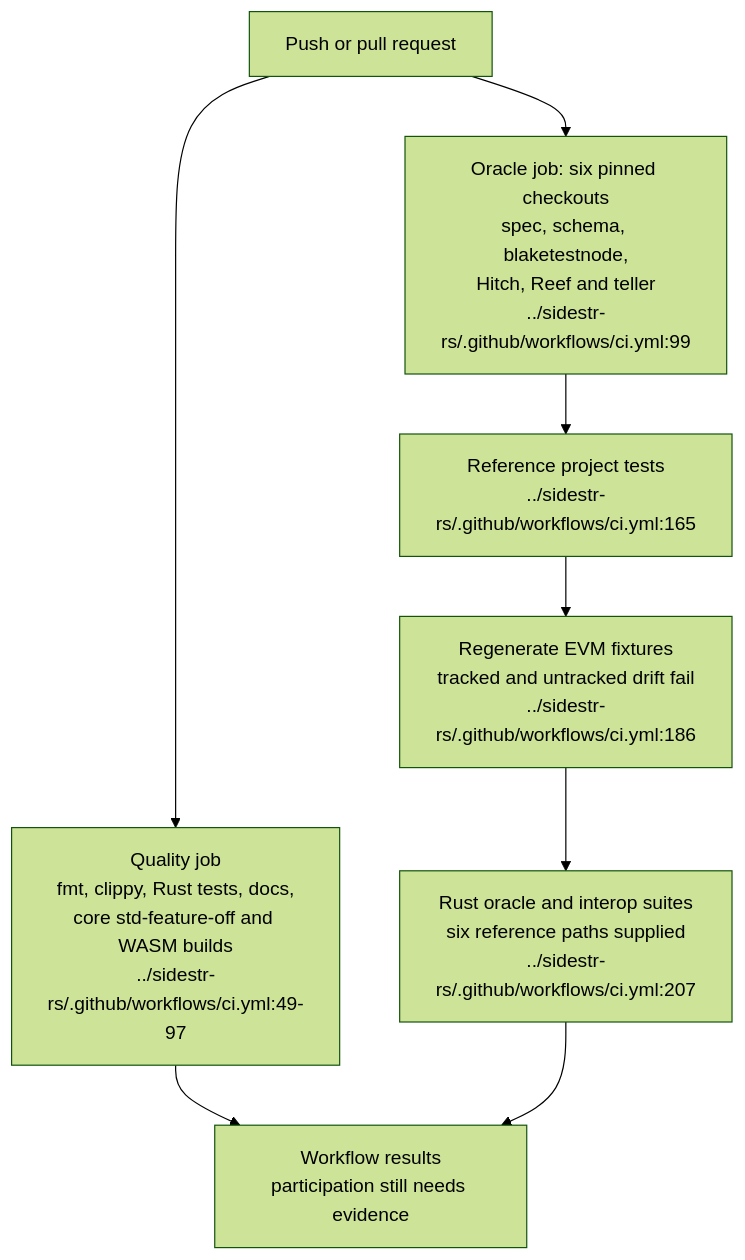
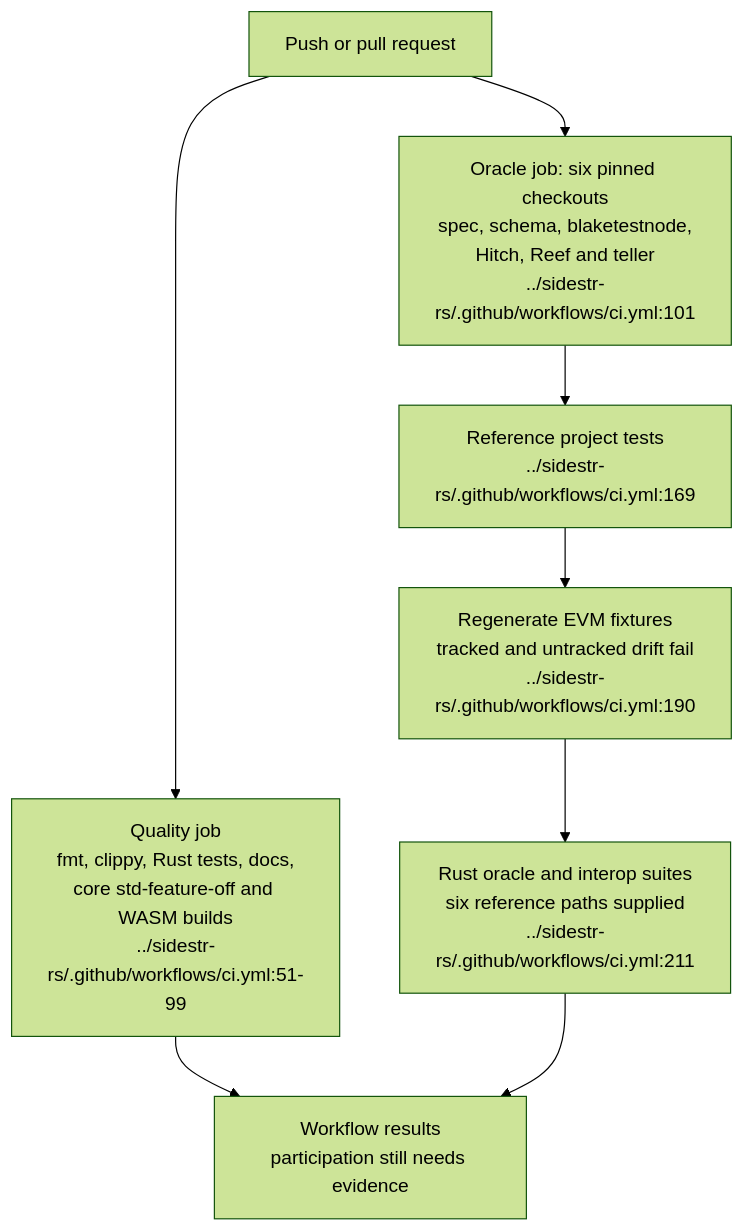
Before and after one commit to DreamLab-AI/VisionFlow: the second of 4 diagrams in docs/diagrams/sidestr-rs/01-workspace-oracles-and-live-boundary.md, drawn with Mermaid (forest theme). The commit also changed other lines of this file and 4 other files, not shown here.

First line of the commit message:
diagrams(sidestr-rs): re-verify SR-01..05 at the pinned heads and add the teller

````diff
--- a/docs/diagrams/sidestr-rs/01-workspace-oracles-and-live-boundary.md
+++ b/docs/diagrams/sidestr-rs/01-workspace-oracles-and-live-boundary.md
@@ -88,12 +88,12 @@
 ```mermaid
 flowchart TB
     START["Push or pull request"] --> Q
     START --> P
-    Q["Quality job<br/>fmt, clippy, Rust tests, docs,<br/>core std-feature-off and WASM builds<br/>../sidestr-rs/.github/workflows/ci.yml:49-97"]
-    P["Oracle job: six pinned checkouts<br/>spec, schema, blaketestnode,<br/>Hitch, Reef and teller<br/>../sidestr-rs/.github/workflows/ci.yml:99"]
-    P --> RT["Reference project tests<br/>../sidestr-rs/.github/workflows/ci.yml:165"]
-    RT --> FX["Regenerate EVM fixtures<br/>tracked and untracked drift fail<br/>../sidestr-rs/.github/workflows/ci.yml:186"]
-    FX --> O["Rust oracle and interop suites<br/>six reference paths supplied<br/>../sidestr-rs/.github/workflows/ci.yml:207"]
+    Q["Quality job<br/>fmt, clippy, Rust tests, docs,<br/>core std-feature-off and WASM builds<br/>../sidestr-rs/.github/workflows/ci.yml:51-99"]
+    P["Oracle job: six pinned checkouts<br/>spec, schema, blaketestnode,<br/>Hitch, Reef and teller<br/>../sidestr-rs/.github/workflows/ci.yml:101"]
+    P --> RT["Reference project tests<br/>../sidestr-rs/.github/workflows/ci.yml:169"]
+    RT --> FX["Regenerate EVM fixtures<br/>tracked and untracked drift fail<br/>../sidestr-rs/.github/workflows/ci.yml:190"]
+    FX --> O["Rust oracle and interop suites<br/>six reference paths supplied<br/>../sidestr-rs/.github/workflows/ci.yml:211"]
     Q --> RESULT["Workflow results<br/>participation still needs evidence"]
     O --> RESULT
 ```
````
